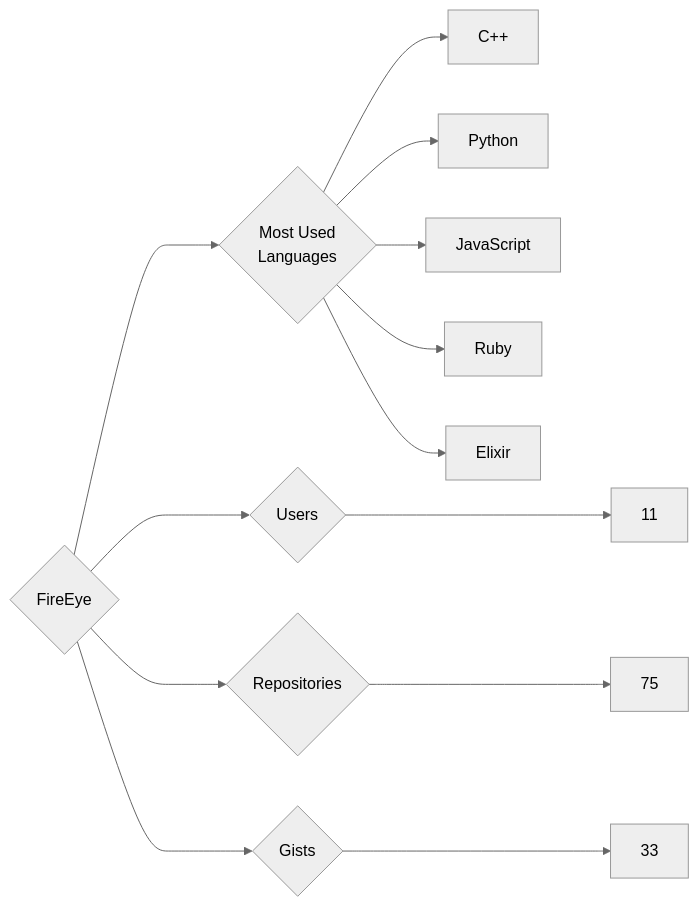
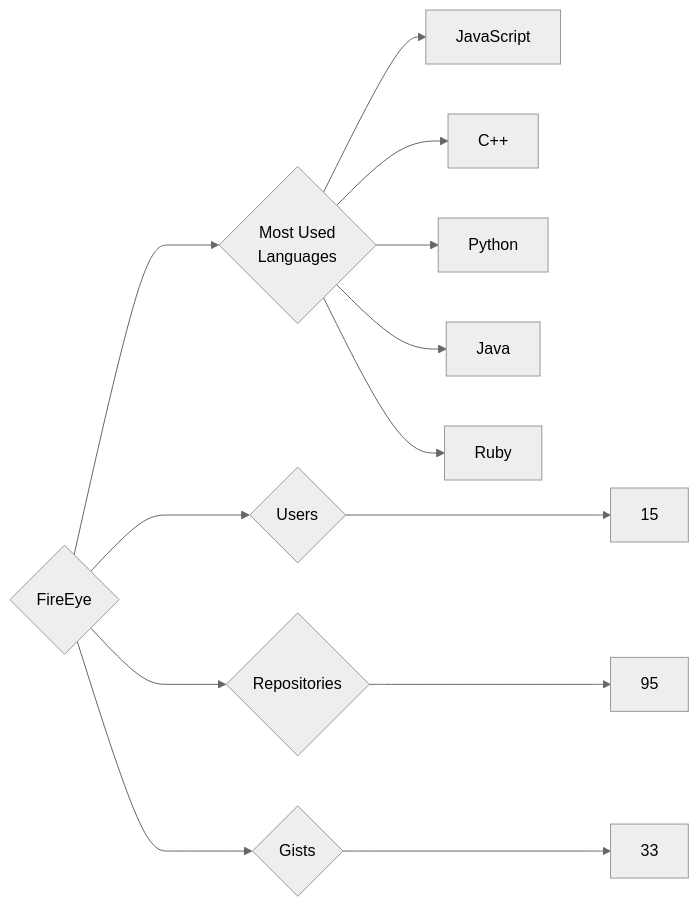
Before and after one commit to trickest/insiders: the diagram in targets/FireEye/README.md, drawn with Mermaid (neutral theme). The commit also changed 891 other files, not shown here.

````diff
--- a/targets/FireEye/README.md
+++ b/targets/FireEye/README.md
@@ -3,13 +3,13 @@
 ```mermaid
 graph LR
 COMPANY_NAME{FireEye}
-COMPANY_NAME ---> U{Users} ---> UN[11]
-COMPANY_NAME ---> R{Repositories} ---> RN[75]
+COMPANY_NAME ---> U{Users} ---> UN[15]
+COMPANY_NAME ---> R{Repositories} ---> RN[95]
 COMPANY_NAME ---> G{Gists} ---> GN[33]
 COMPANY_NAME ---> ML{Most Used<br>Languages}
+ML --> JavaScript[JavaScript]
 ML --> C++[C++]
 ML --> Python[Python]
-ML --> JavaScript[JavaScript]
+ML --> Java[Java]
 ML --> Ruby[Ruby]
-ML --> Elixir[Elixir]
 ```
````
